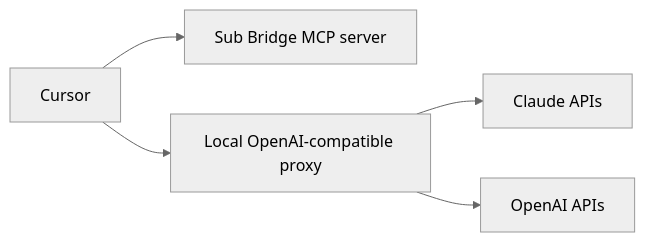
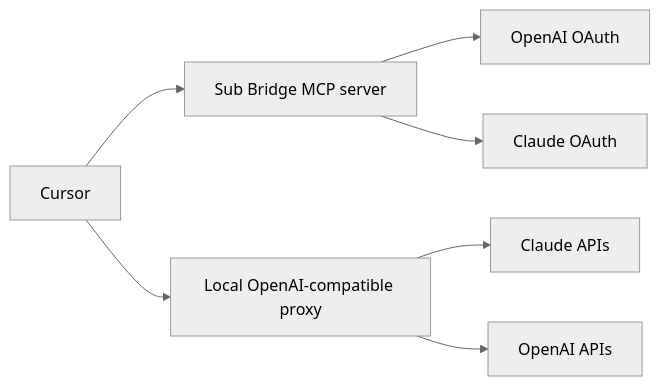
The diagram in README.md (igladun/sub-bridge), drawn with Mermaid (neutral theme) before and after one commit. The commit also changed other lines of this file and 1 other file, not shown here.

````diff
--- a/README.md
+++ b/README.md
@@ -17,7 +44,9 @@
 ```mermaid
 graph LR
   A[Cursor] --> B[Sub Bridge MCP server]
   A --> C[Local OpenAI-compatible proxy]
+  B --> F[OpenAI OAuth]
+  B --> G[Claude OAuth]
   C --> D[Claude APIs]
   C --> E[OpenAI APIs]
 ```
````
